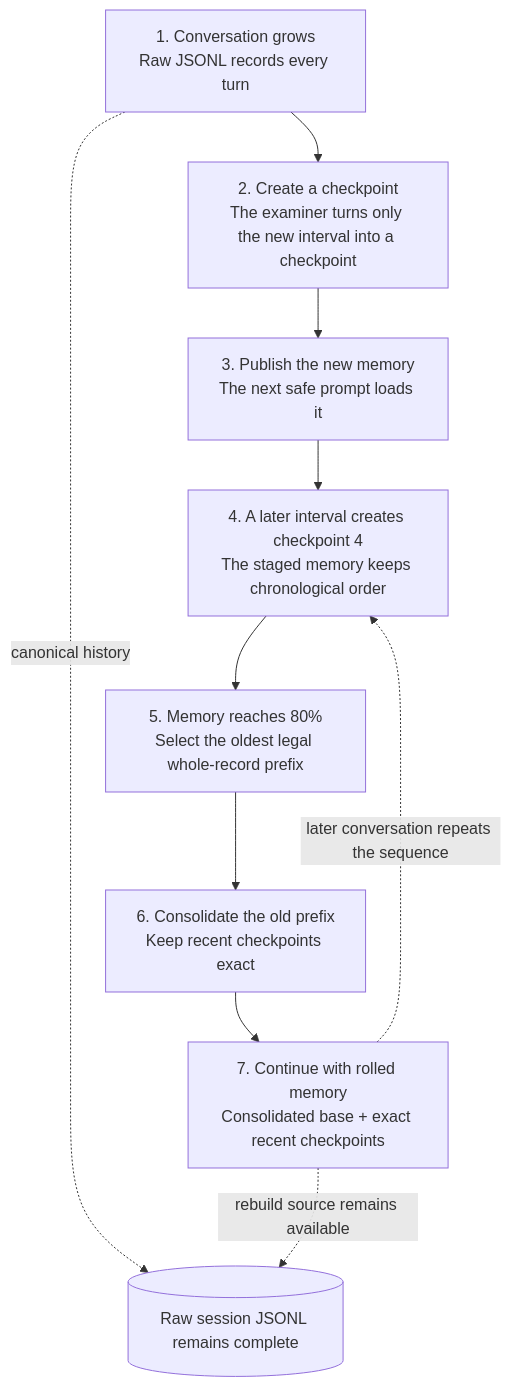
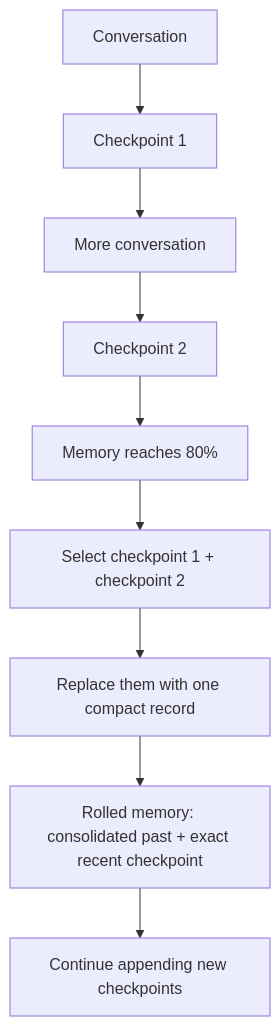
One commit to TobyNoSkillSon/pi-session-refinement changed the diagram in docs/session-flow.mmd. Above: the diagram before and after it, drawn with Mermaid. The commit also changed 2 other files, not shown here.

Commit message:
Reduce v2 diagram to a two-column timeline

```diff
--- a/docs/session-flow.mmd
+++ b/docs/session-flow.mmd
@@ -1,19 +1,13 @@
 flowchart TD
-    conversation[1. Conversation grows<br/>Raw JSONL records every turn]
-    checkpoint[2. Create a checkpoint<br/>The examiner turns only the new interval into a checkpoint]
-    publish[3. Publish the new memory<br/>The next safe prompt loads it]
-    continue[4. A later interval creates checkpoint 4<br/>The staged memory keeps chronological order]
-    threshold[5. Memory reaches 80%<br/>Select the oldest legal whole-record prefix]
-    consolidate[6. Consolidate the old prefix<br/>Keep recent checkpoints exact]
-    rolled[7. Continue with rolled memory<br/>Consolidated base + exact recent checkpoints]
-    canonical[(Raw session JSONL remains complete)]
+    conversation[Conversation]
+    checkpoint1[Checkpoint 1]
+    more[More conversation]
+    checkpoint2[Checkpoint 2]
+    threshold[Memory reaches 80%]
+    select[Select checkpoint 1 + checkpoint 2]
+    consolidate[Replace them with one compact record]
+    rolled[Rolled memory: consolidated past + exact recent checkpoint]
+    continue[Continue appending new checkpoints]
 
-    conversation --> checkpoint
-    checkpoint --> publish
-    publish --> continue
-    continue --> threshold
-    threshold --> consolidate
-    consolidate --> rolled
-    rolled -. later conversation repeats the sequence .-> continue
-    conversation -. canonical history .-> canonical
-    rolled -. rebuild source remains available .-> canonical
+    conversation --> checkpoint1 --> more --> checkpoint2 --> threshold
+    threshold --> select --> consolidate --> rolled --> continue
```
